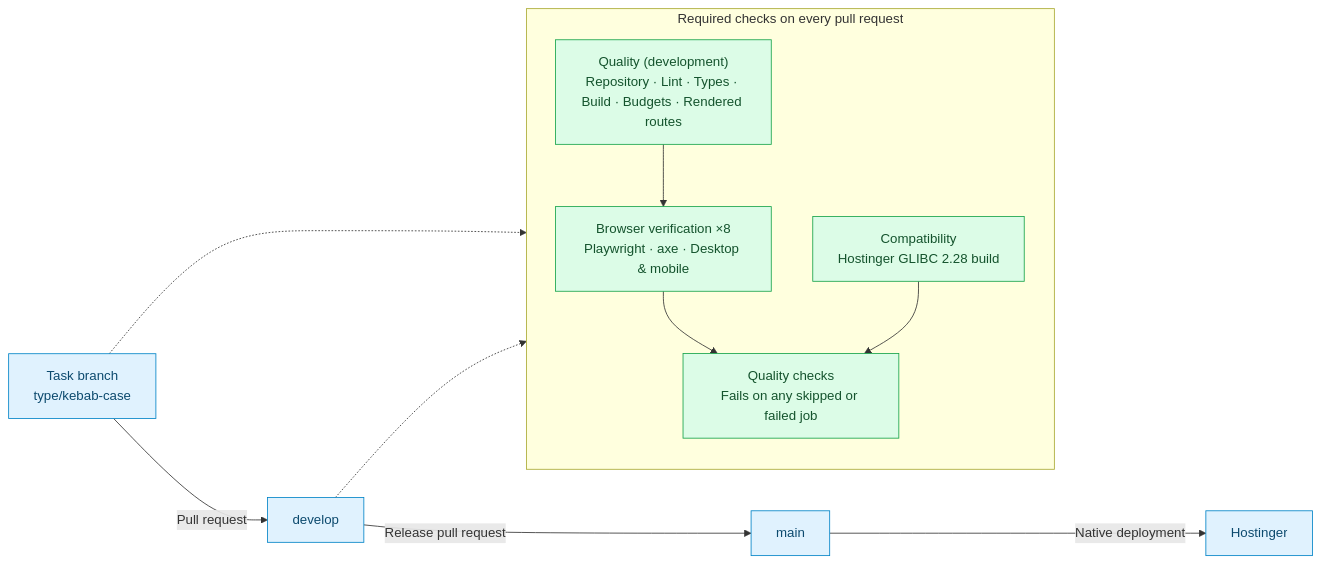
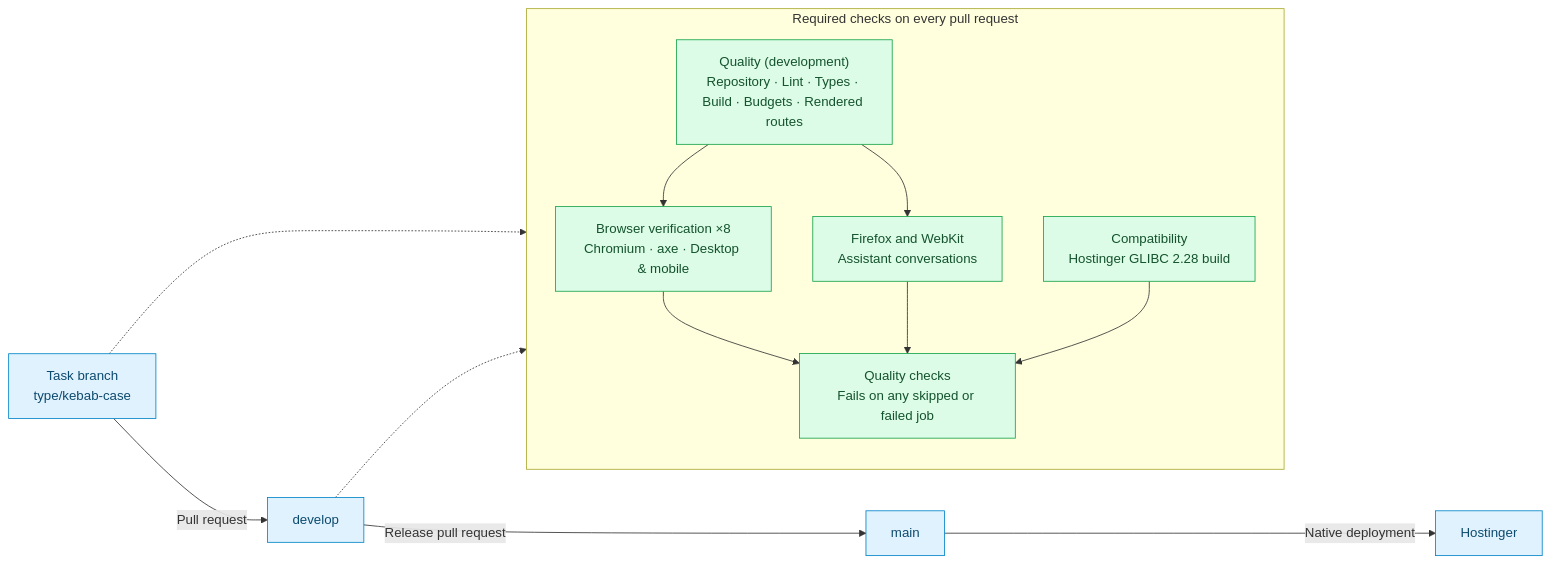
One commit to gonzalomartinperez/portfolio changed the third of 3 diagrams in README.md. Above: the diagram before and after it, drawn with Mermaid. The commit also changed other lines of this file and 3 other files, not shown here.

First line of the commit message:
ci: install only the browser engines each verification job uses

````diff
--- a/README.md
+++ b/README.md
@@ -171,21 +171,23 @@
 ```mermaid
 flowchart LR
     TASK["Task branch<br/>type/kebab-case"] -->|"Pull request"| DEV["develop"]
     DEV -->|"Release pull request"| MAIN["main"]
     MAIN -->|"Native deployment"| LIVE["Hostinger"]
     subgraph GATE["Required checks on every pull request"]
         direction TB
         QUALITY["Quality (development)<br/>Repository · Lint · Types · Build · Budgets · Rendered routes"]
-        BROWSER["Browser verification ×8<br/>Playwright · axe · Desktop & mobile"]
+        BROWSER["Browser verification ×8<br/>Chromium · axe · Desktop & mobile"]
+        ENGINES["Firefox and WebKit<br/>Assistant conversations"]
         COMPAT["Compatibility<br/>Hostinger GLIBC 2.28 build"]
         AGG["Quality checks<br/>Fails on any skipped or failed job"]
         QUALITY --> BROWSER --> AGG
+        QUALITY --> ENGINES --> AGG
         COMPAT --> AGG
     end
     TASK -.-> GATE
     DEV -.-> GATE
     classDef branch fill:#e0f2fe,stroke:#0284c7,color:#0c4a6e;
     classDef check fill:#dcfce7,stroke:#16a34a,color:#14532d;
     class TASK,DEV,MAIN,LIVE branch;
-    class QUALITY,BROWSER,COMPAT,AGG check;
+    class QUALITY,BROWSER,ENGINES,COMPAT,AGG check;
 ```
````
